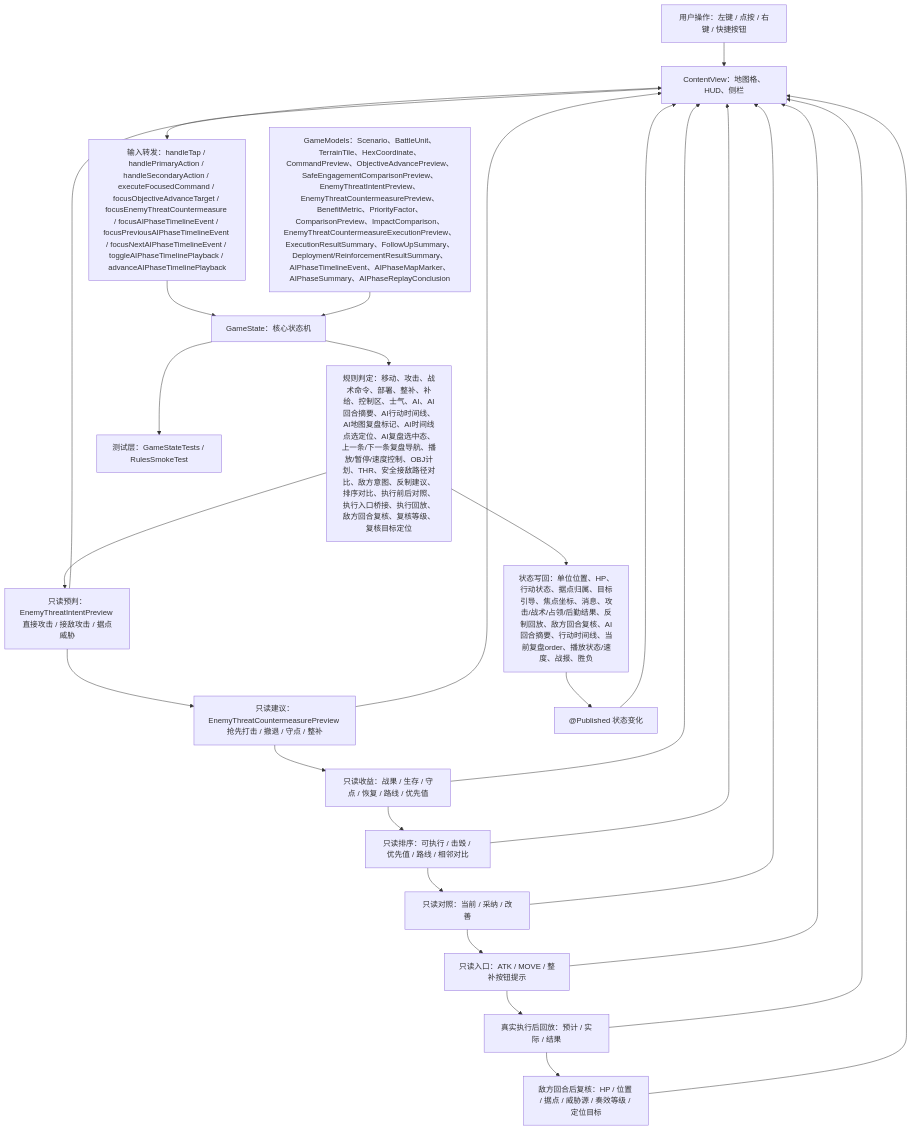
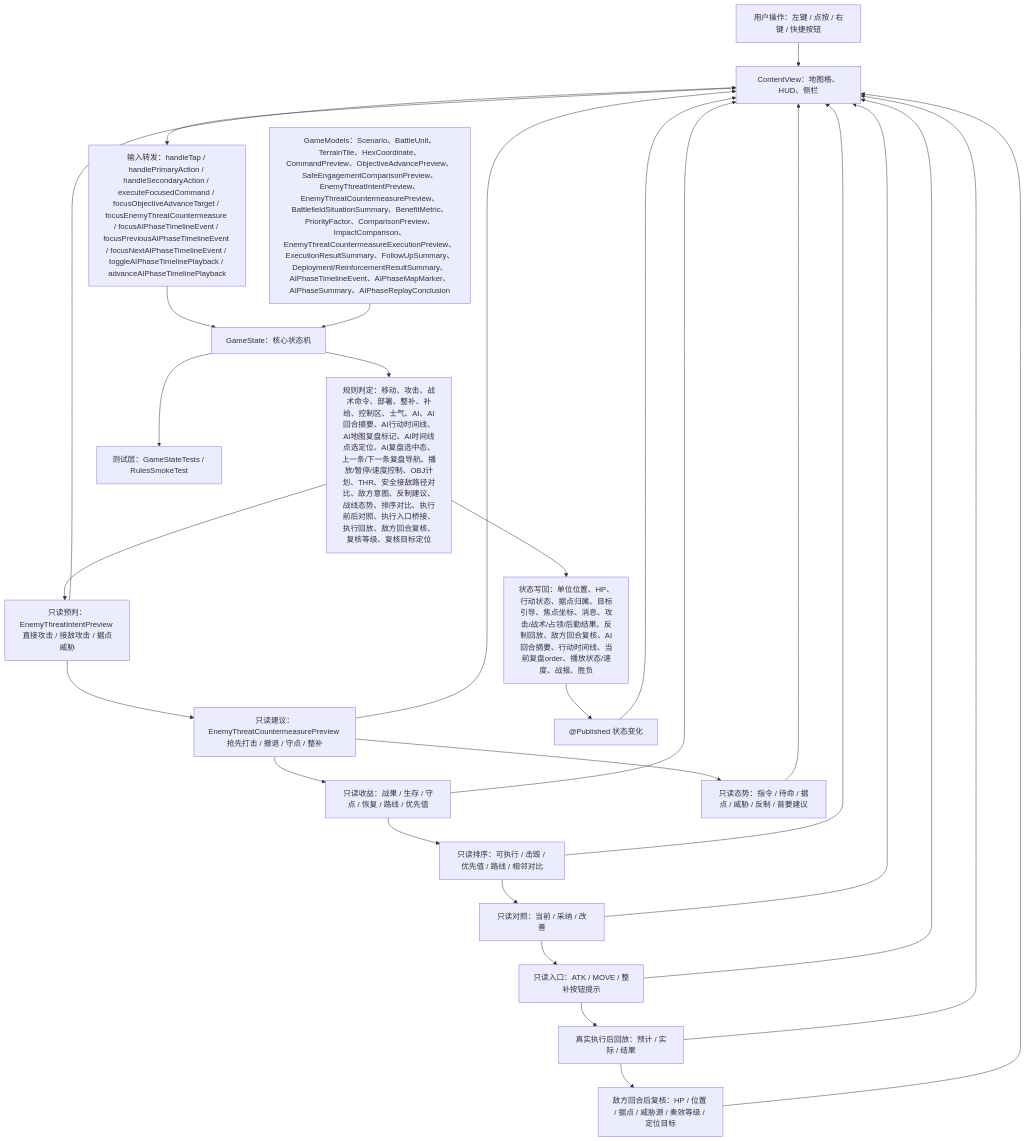
One commit to Altman-sam114/116 changed the first of 5 diagrams in md/flow/flowchart.md. Above: the diagram before and after it, drawn with Mermaid. The commit also changed other lines of this file and 11 other files, not shown here.

````diff
--- a/md/flow/flowchart.md
+++ b/md/flow/flowchart.md
@@ -9,28 +9,30 @@
 ```mermaid
 flowchart TD
   U["用户操作：左键 / 点按 / 右键 / 快捷按钮"] --> V["ContentView：地图格、HUD、侧栏"]
   V --> I["输入转发：handleTap / handlePrimaryAction / handleSecondaryAction / executeFocusedCommand / focusObjectiveAdvanceTarget / focusEnemyThreatCountermeasure / focusAIPhaseTimelineEvent / focusPreviousAIPhaseTimelineEvent / focusNextAIPhaseTimelineEvent / toggleAIPhaseTimelinePlayback / advanceAIPhaseTimelinePlayback"]
   I --> S["GameState：核心状态机"]
-  M["GameModels：Scenario、BattleUnit、TerrainTile、HexCoordinate、CommandPreview、ObjectiveAdvancePreview、SafeEngagementComparisonPreview、EnemyThreatIntentPreview、EnemyThreatCountermeasurePreview、BenefitMetric、PriorityFactor、ComparisonPreview、ImpactComparison、EnemyThreatCountermeasureExecutionPreview、ExecutionResultSummary、FollowUpSummary、Deployment/ReinforcementResultSummary、AIPhaseTimelineEvent、AIPhaseMapMarker、AIPhaseSummary、AIPhaseReplayConclusion"] --> S
-  S --> R["规则判定：移动、攻击、战术命令、部署、整补、补给、控制区、士气、AI、AI回合摘要、AI行动时间线、AI地图复盘标记、AI时间线点选定位、AI复盘选中态、上一条/下一条复盘导航、播放/暂停/速度控制、OBJ计划、THR、安全接敌路径对比、敌方意图、反制建议、排序对比、执行前后对照、执行入口桥接、执行回放、敌方回合复核、复核等级、复核目标定位"]
+  M["GameModels：Scenario、BattleUnit、TerrainTile、HexCoordinate、CommandPreview、ObjectiveAdvancePreview、SafeEngagementComparisonPreview、EnemyThreatIntentPreview、EnemyThreatCountermeasurePreview、BattlefieldSituationSummary、BenefitMetric、PriorityFactor、ComparisonPreview、ImpactComparison、EnemyThreatCountermeasureExecutionPreview、ExecutionResultSummary、FollowUpSummary、Deployment/ReinforcementResultSummary、AIPhaseTimelineEvent、AIPhaseMapMarker、AIPhaseSummary、AIPhaseReplayConclusion"] --> S
+  S --> R["规则判定：移动、攻击、战术命令、部署、整补、补给、控制区、士气、AI、AI回合摘要、AI行动时间线、AI地图复盘标记、AI时间线点选定位、AI复盘选中态、上一条/下一条复盘导航、播放/暂停/速度控制、OBJ计划、THR、安全接敌路径对比、敌方意图、反制建议、战线态势、排序对比、执行前后对照、执行入口桥接、执行回放、敌方回合复核、复核等级、复核目标定位"]
   R --> W["状态写回：单位位置、HP、行动状态、据点归属、目标引导、焦点坐标、消息、攻击/战术/占领/后勤结果、反制回放、敌方回合复核、AI回合摘要、行动时间线、当前复盘order、播放状态/速度、战报、胜负"]
   R --> EI["只读预判：EnemyThreatIntentPreview 直接攻击 / 接敌攻击 / 据点威胁"]
   EI --> EC["只读建议：EnemyThreatCountermeasurePreview 抢先打击 / 撤退 / 守点 / 整补"]
   EC --> BM["只读收益：战果 / 生存 / 守点 / 恢复 / 路线 / 优先值"]
   BM --> PC["只读排序：可执行 / 击毁 / 优先值 / 路线 / 相邻对比"]
   PC --> IP["只读对照：当前 / 采纳 / 改善"]
   IP --> EB["只读入口：ATK / MOVE / 整补按钮提示"]
+  EC --> BS["只读态势：指令 / 待命 / 据点 / 威胁 / 反制 / 首要建议"]
   EB --> XR["真实执行后回放：预计 / 实际 / 结果"]
   XR --> FV["敌方回合后复核：HP / 位置 / 据点 / 威胁源 / 奏效等级 / 定位目标"]
   W --> P["@Published 状态变化"]
   P --> V
   EI --> V
   EC --> V
+  BS --> V
   BM --> V
   PC --> V
   IP --> V
   EB --> V
   XR --> V
   FV --> V
   S --> T["测试层：GameStateTests / RulesSmokeTest"]
 ```
````
